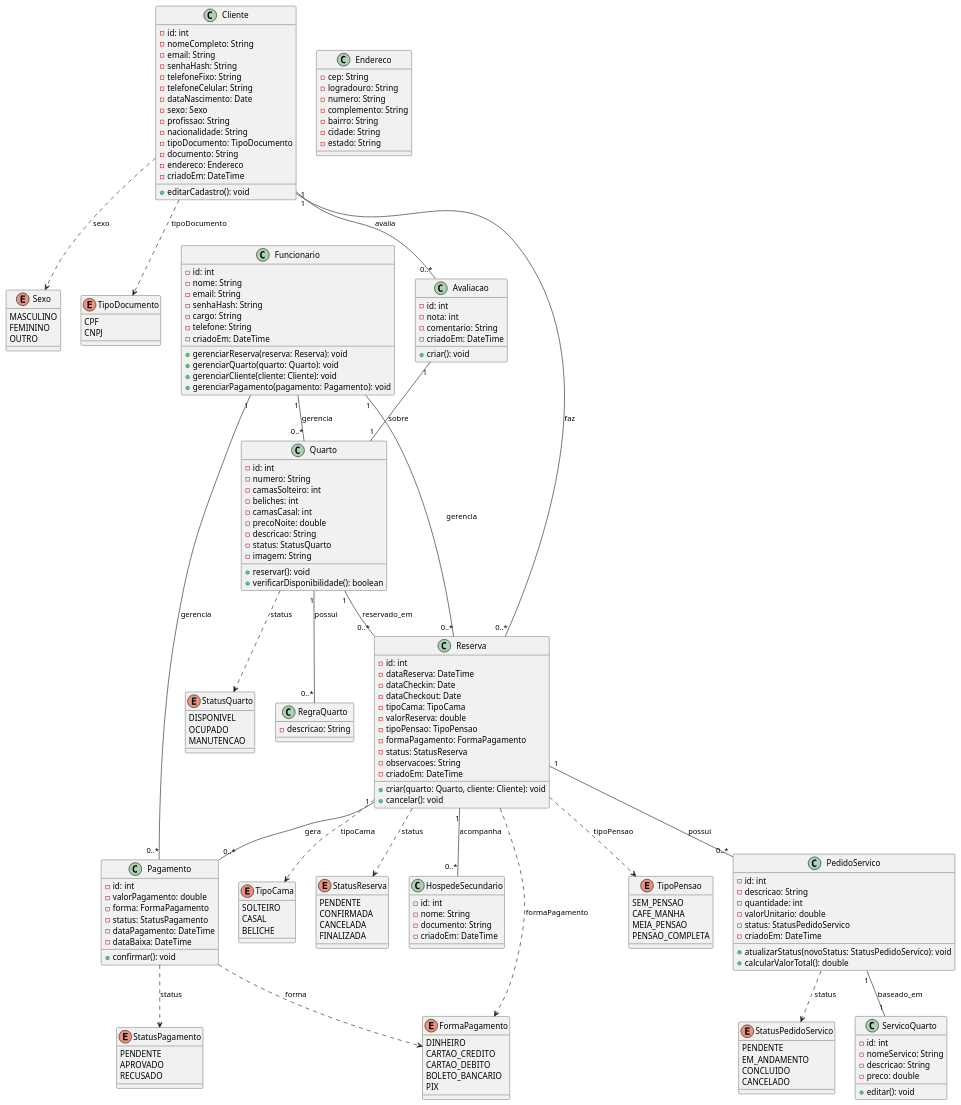
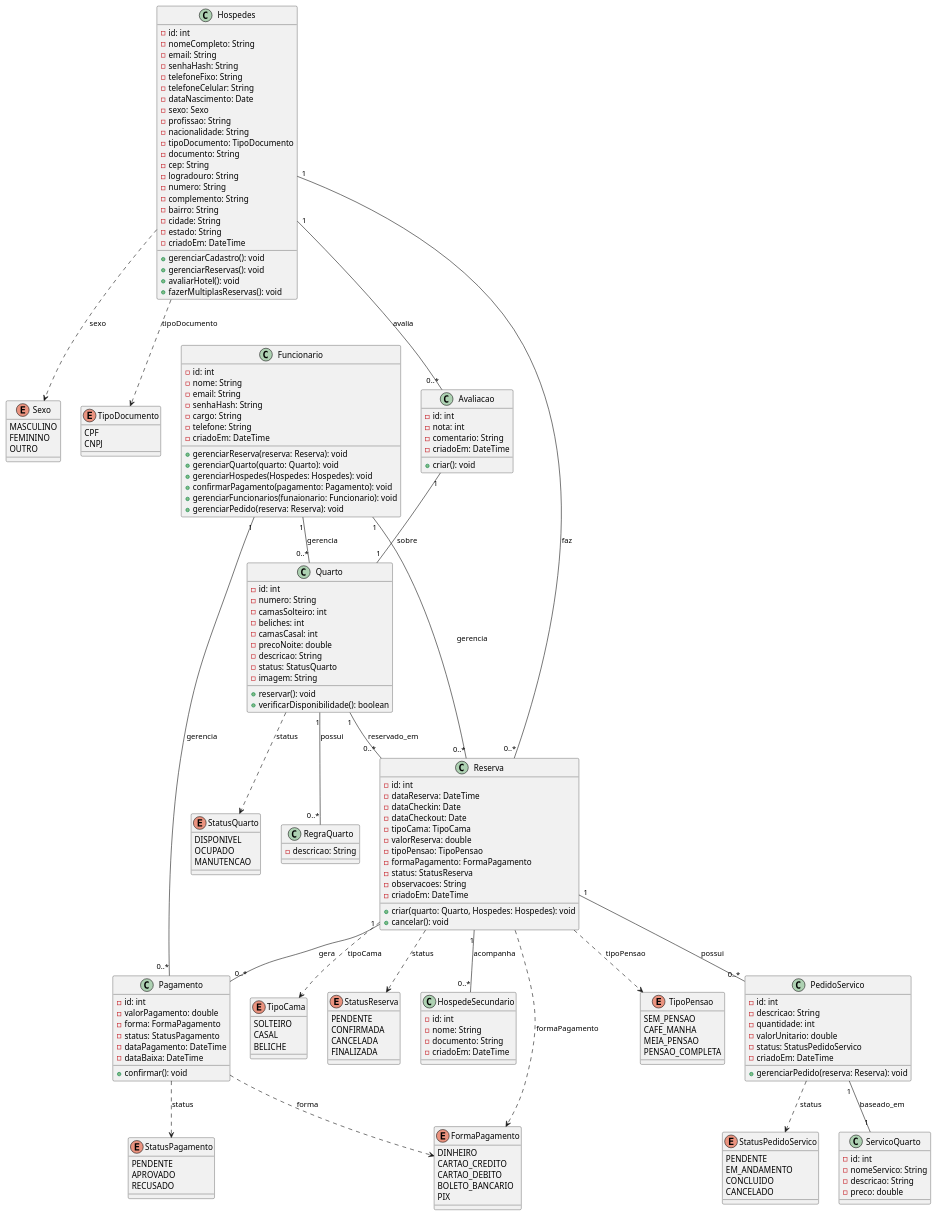
The diagram in UMLs/Classes/diagrama de Classes.iuml (MBritoS19/StayEase-Solutions), drawn with PlantUML before and after one commit.

Commit message:
Update diagrama de Classes.iuml
Correção solicitada pelo JP

```diff
--- a/UMLs/Classes/diagrama de Classes.iuml
+++ b/UMLs/Classes/diagrama de Classes.iuml
@@ -51,19 +51,8 @@
   CANCELADO
 }
 
-'--- Classes de valor ---
-class Endereco {
-  - cep: String
-  - logradouro: String
-  - numero: String
-  - complemento: String
-  - bairro: String
-  - cidade: String
-  - estado: String
-}
-
 '--- Entidades principais ---
-class Cliente {
+class Hospedes {
   - id: int
   - nomeCompleto: String
   - email: String
@@ -76,10 +65,20 @@
   - nacionalidade: String
   - tipoDocumento: TipoDocumento
   - documento: String
-  - endereco: Endereco
+  - cep: String
+  - logradouro: String
+  - numero: String
+  - complemento: String
+  - bairro: String
+  - cidade: String
+  - estado: String
   - criadoEm: DateTime
 
-  + editarCadastro(): void
+  + gerenciarCadastro(): void
+  + gerenciarReservas(): void
+  + avaliarHotel(): void
+  + fazerMultiplasReservas(): void
+
 }
 
 class Funcionario {
@@ -93,8 +92,11 @@
 
   + gerenciarReserva(reserva: Reserva): void
   + gerenciarQuarto(quarto: Quarto): void
-  + gerenciarCliente(cliente: Cliente): void
-  + gerenciarPagamento(pagamento: Pagamento): void
+  + gerenciarHospedes(Hospedes: Hospedes): void
+  + confirmarPagamento(pagamento: Pagamento): void
+  + gerenciarFuncionarios(funaionario: Funcionario): void
+  + gerenciarPedido(reserva: Reserva): void
+
 }
 
 class Quarto {
@@ -125,7 +127,7 @@
   - observacoes: String
   - criadoEm: DateTime
 
-  + criar(quarto: Quarto, cliente: Cliente): void
+  + criar(quarto: Quarto, Hospedes: Hospedes): void
   + cancelar(): void
 }
 
@@ -141,8 +143,6 @@
   - nomeServico: String
   - descricao: String
   - preco: double
-
-  + editar(): void
 }
 
 class PedidoServico {
@@ -153,8 +153,7 @@
   - status: StatusPedidoServico
   - criadoEm: DateTime
 
-  + atualizarStatus(novoStatus: StatusPedidoServico): void
-  + calcularValorTotal(): double
+  + gerenciarPedido(reserva: Reserva): void
 }
 
 class Pagamento {
@@ -182,8 +181,8 @@
 }
 
 '--- Relacionamentos ---
-Cliente "1" -- "0..*" Reserva            : faz
-Cliente "1" -- "0..*" Avaliacao          : avalia
+Hospedes "1" -- "0..*" Reserva            : faz
+Hospedes "1" -- "0..*" Avaliacao          : avalia
 
 Funcionario "1" -- "0..*" Reserva         : gerencia
 Funcionario "1" -- "0..*" Quarto          : gerencia
@@ -201,8 +200,8 @@
 Avaliacao "1" -- "1" Quarto               : sobre
 
 '--- Dependências para enums ---
-Cliente ..> Sexo               : sexo  
-Cliente ..> TipoDocumento      : tipoDocumento  
+Hospedes ..> Sexo               : sexo  
+Hospedes ..> TipoDocumento      : tipoDocumento  
 Quarto ..> StatusQuarto        : status  
 Reserva ..> TipoCama           : tipoCama  
 Reserva ..> TipoPensao         : tipoPensao  
```
